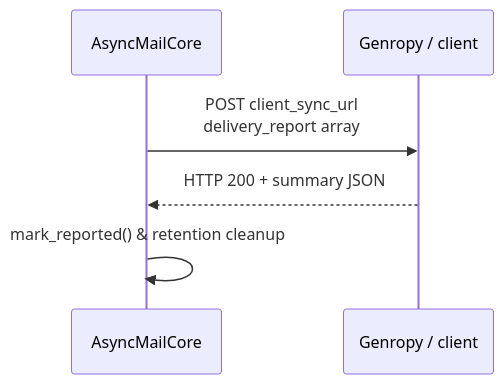
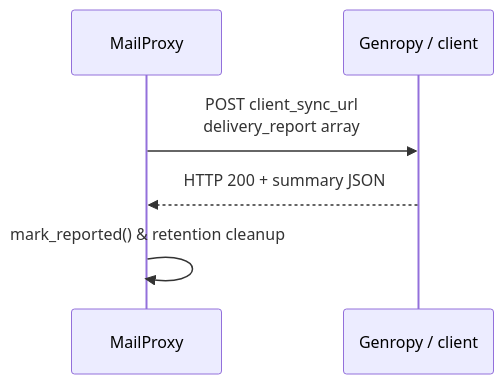
Before and after one commit to genropy/genro-mail-proxy: the diagram in docs/protocol.rst, drawn with Mermaid. The commit also changed other lines of this file and 9 other files, not shown here.

```diff
--- a/docs/protocol.rst
+++ b/docs/protocol.rst
@@ -227,10 +227,10 @@
 .. mermaid::
    :caption: proxy_sync HTTP exchange
 
    sequenceDiagram
-     participant Core as AsyncMailCore
+     participant Core as MailProxy
      participant Upstream as Genropy / client
 
      Core->>Upstream: POST client_sync_url<br/>delivery_report array
      Upstream-->>Core: HTTP 200 + summary JSON
      Core->>Core: mark_reported() & retention cleanup
```
